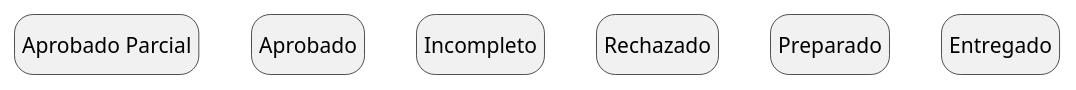
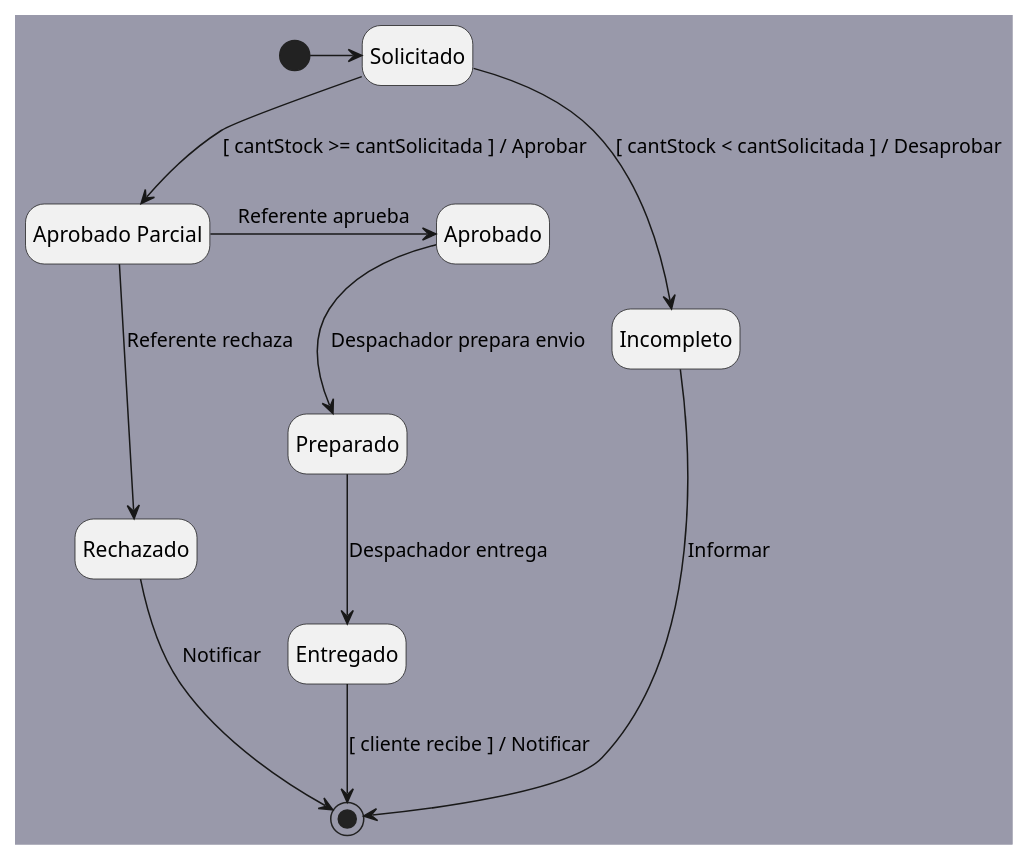
One commit to Z0SO/UML-Practice changed the diagram in Parcial_2/03-Diseño_de_Pantallas/Parcial_Pinturas.md. Above: the diagram before and after it, drawn with PlantUML.

Commit message:
bkp -> 2024-11-20 00:24:14

````diff
--- a/Parcial_2/03-Diseño_de_Pantallas/Parcial_Pinturas.md
+++ b/Parcial_2/03-Diseño_de_Pantallas/Parcial_Pinturas.md
@@ -6,20 +6,39 @@
 ```plantuml
 @startuml
 
+skinparam backgroundColor #99a
 hide empty description
 
 state "Aprobado Parcial" as aprobado_parcial
 state "Aprobado" as aprobado
 state "Incompleto" as incompleto 
 state "Rechazado" as rechazado
 state "Preparado" as preparado
 state "Entregado" as entregado
+state "Solicitado" as solicitado
 
+[*] -> solicitado
 
+solicitado --> aprobado_parcial: [ cantStock >= cantSolicitada ] / Aprobar
+
+solicitado --> incompleto: [ cantStock < cantSolicitada ] / Desaprobar
+
+incompleto --> [*]: Informar
+
+aprobado_parcial --> rechazado: Referente rechaza
+aprobado_parcial -> aprobado: Referente aprueba
+
+aprobado --> preparado: Despachador prepara envio
+
+preparado --> entregado: Despachador entrega
+
+entregado --> [*]: [ cliente recibe ] / Notificar
+
+rechazado --> [*]: Notificar
 
 
 
 
 
 @enduml
 ```
````
